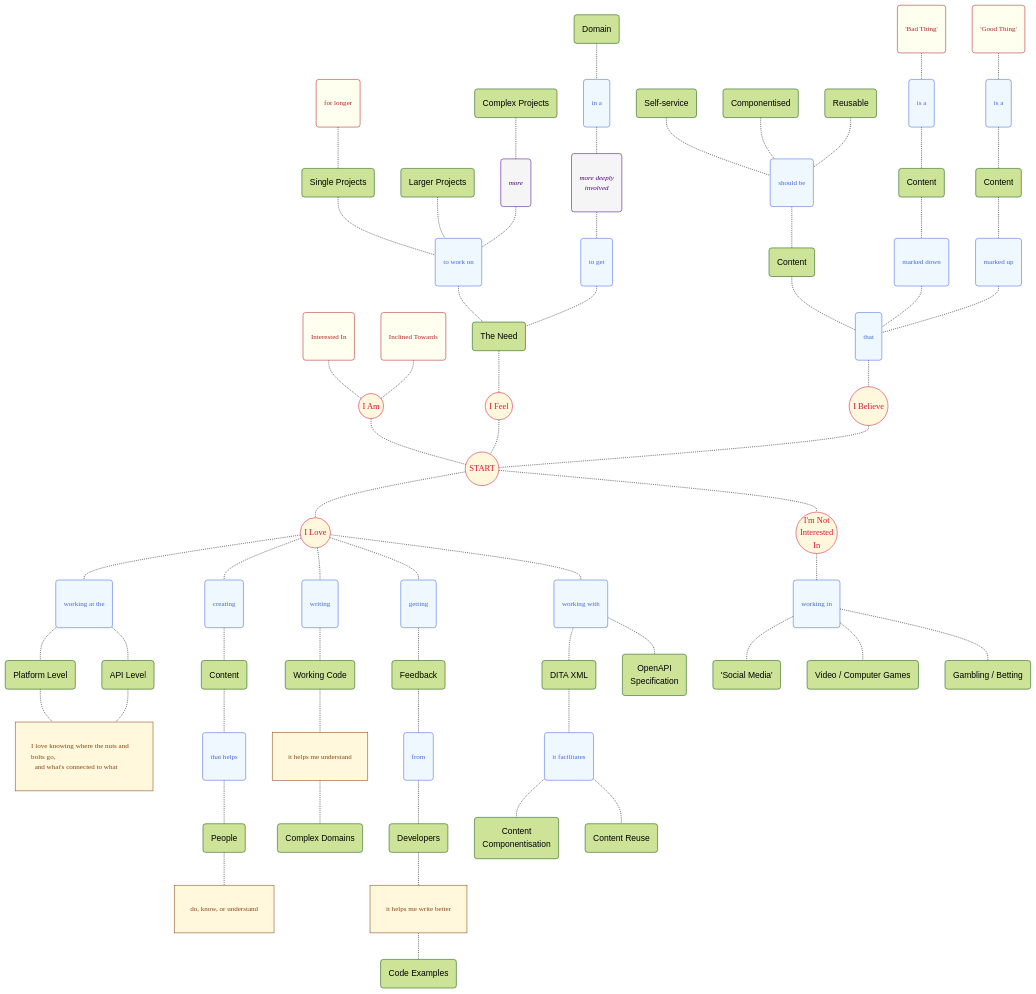
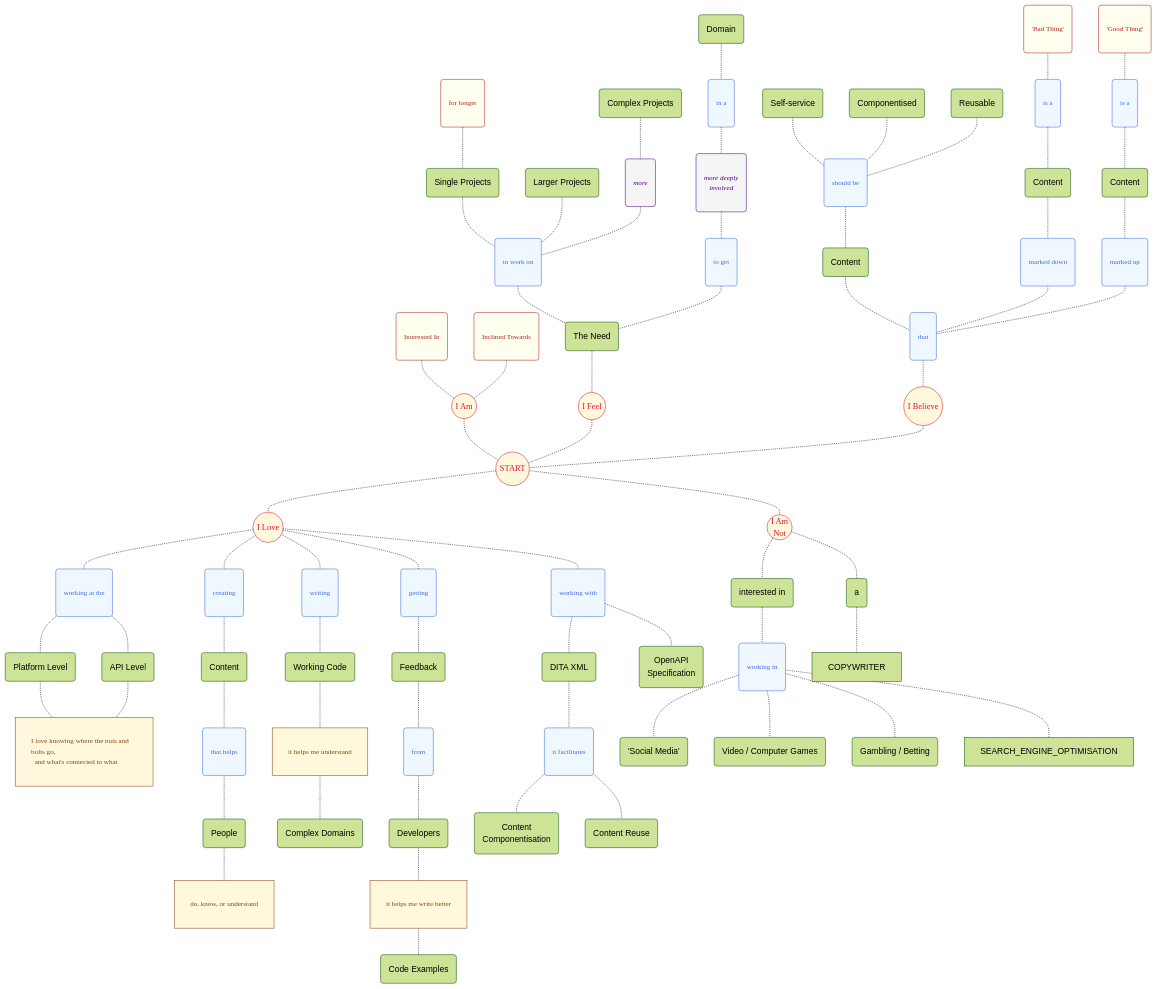
The diagram in my_mindmap_02.md (joe-dorward/samples), drawn with Mermaid before and after one commit.

````diff
--- a/my_mindmap_02.md
+++ b/my_mindmap_02.md
@@ -163,19 +163,25 @@
 
 
   %%  ========== ========== ========== ========== ==========
-  IM_NOT_INTERESTED_IN(("I'm Not<br/>Interested<br/>In")):::Start
+  IM_NOT(("I Am<br/>Not")):::Start
 
+  A_1("a")
+  INTERESTED_IN_2("interested in")
   WORKING_IN("working in")
+
   class WORKING_IN Verb;
 
   SOCIAL_MEDIA("'Social Media'")
   VIDEO_COMPUTER_GAMES("Video / Computer Games")
   GAMBLING_BETTING("Gambling / Betting")
 
-  IM_NOT_INTERESTED_IN-.-
+  IM_NOT-.-A_1-.-COPYWRITER
+
+  IM_NOT-.-INTERESTED_IN_2-.-
   WORKING_IN-.-SOCIAL_MEDIA
   WORKING_IN-.-VIDEO_COMPUTER_GAMES
   WORKING_IN-.-GAMBLING_BETTING
+  WORKING_IN-.-SEARCH_ENGINE_OPTIMISATION
   %%  ========== ========== ========== ========== ==========
   %%I_AM(("I Am")):::Start
 
@@ -188,5 +194,5 @@
   I_BELIEVE-.-START
 
   START-.-I_LOVE
-  START-.-IM_NOT_INTERESTED_IN
+  START-.-IM_NOT
 ```
````
